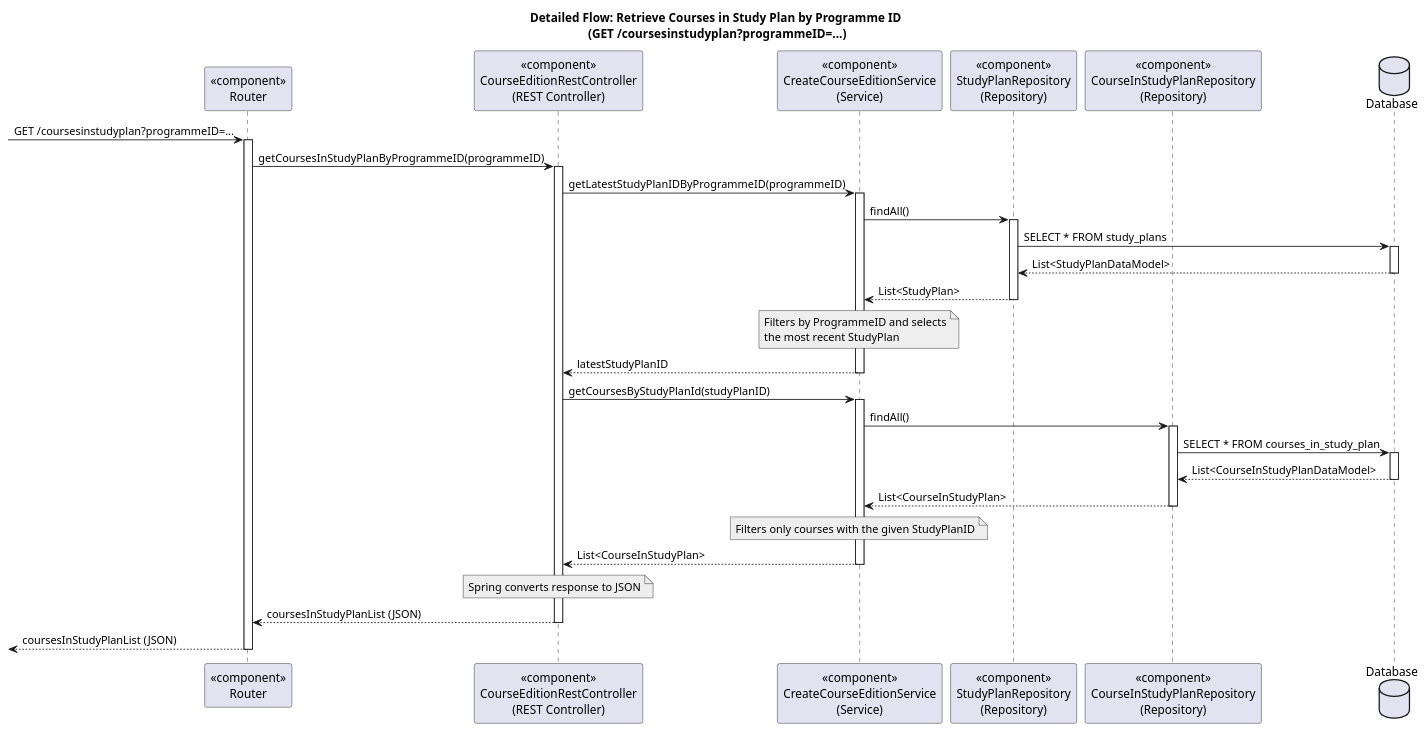
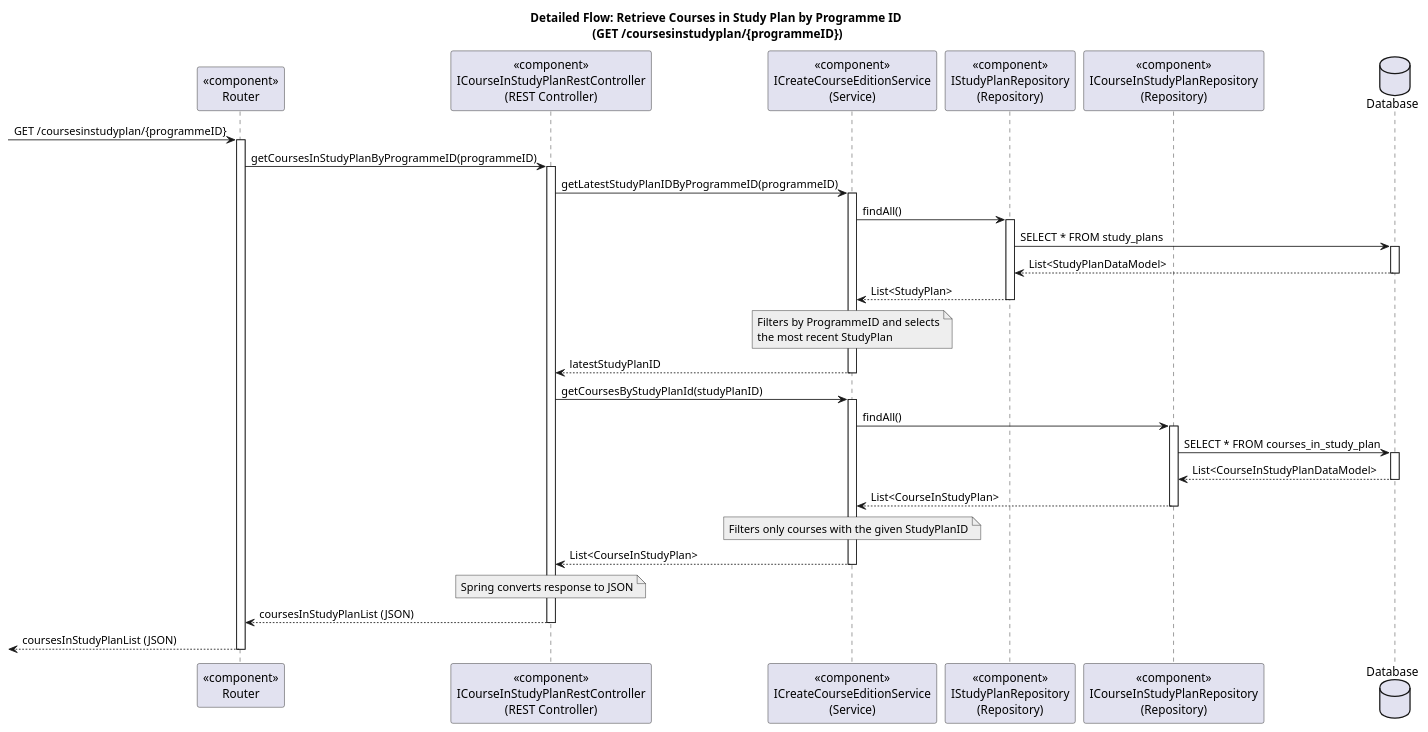
One commit to GasparISEP/DevOps-PAI changed the diagram in docs/US19/Sprint6_RestAPI/ProcessView/references/Reference3_ListOfCoursesInStudyPlan.puml. Above: the diagram before and after it, drawn with PlantUML. The commit also changed 1 other file, not shown here.

Commit message:
[docs] Update detailed flow diagram for List Of Courses In Study Plan by ProgrammeID (reference in createCourseEdition level 3 process view diagram) to use respective REST controller, service and endpoint (Refs: #536, #549)

```diff
--- a/docs/US19/Sprint6_RestAPI/ProcessView/references/Reference3_ListOfCoursesInStudyPlan.puml
+++ b/docs/US19/Sprint6_RestAPI/ProcessView/references/Reference3_ListOfCoursesInStudyPlan.puml
@@ -1,68 +1,68 @@
 @startuml
-title Detailed Flow: Retrieve Courses in Study Plan by Programme ID \n(GET /coursesinstudyplan?programmeID=...)
+title Detailed Flow: Retrieve Courses in Study Plan by Programme ID \n(GET /coursesinstudyplan/{programmeID})
 
 participant "<<component>>\nRouter" as Router
-participant "<<component>>\nCourseEditionRestController\n(REST Controller)" as Controller
-participant "<<component>>\nCreateCourseEditionService\n(Service)" as Service
-participant "<<component>>\nStudyPlanRepository\n(Repository)" as StudyPlanRepo
-participant "<<component>>\nCourseInStudyPlanRepository\n(Repository)" as CourseInSPRepo
+participant "<<component>>\nICourseInStudyPlanRestController\n(REST Controller)" as Controller
+participant "<<component>>\nICreateCourseEditionService\n(Service)" as Service
+participant "<<component>>\nIStudyPlanRepository\n(Repository)" as StudyPlanRepo
+participant "<<component>>\nICourseInStudyPlanRepository\n(Repository)" as CourseInSPRepo
 database "Database" as DB
 
--> Router: GET /coursesinstudyplan?programmeID=...
+-> Router: GET /coursesinstudyplan/{programmeID}
 activate Router
 
 Router -> Controller: getCoursesInStudyPlanByProgrammeID(programmeID)
 activate Controller
 
 Controller -> Service: getLatestStudyPlanIDByProgrammeID(programmeID)
 activate Service
 
 Service -> StudyPlanRepo: findAll()
 activate StudyPlanRepo
 
 StudyPlanRepo -> DB: SELECT * FROM study_plans
 activate DB
 DB --> StudyPlanRepo: List<StudyPlanDataModel>
 deactivate DB
 StudyPlanRepo --> Service: List<StudyPlan>
 deactivate StudyPlanRepo
 
 note over Service #EEEEEE
 Filters by ProgrammeID and selects
 the most recent StudyPlan
 end note
 
 Service --> Controller: latestStudyPlanID
 deactivate Service
 
 Controller -> Service: getCoursesByStudyPlanId(studyPlanID)
 activate Service
 
 Service -> CourseInSPRepo: findAll()
 activate CourseInSPRepo
 
 CourseInSPRepo -> DB: SELECT * FROM courses_in_study_plan
 activate DB
 DB --> CourseInSPRepo: List<CourseInStudyPlanDataModel>
 deactivate DB
 CourseInSPRepo --> Service: List<CourseInStudyPlan>
 deactivate CourseInSPRepo
 
 note over Service #EEEEEE
 Filters only courses with the given StudyPlanID
 end note
 
 Service --> Controller: List<CourseInStudyPlan>
 deactivate Service
 
 note over Controller #EEEEEE
 Spring converts response to JSON
 end note
 
 Controller --> Router: coursesInStudyPlanList (JSON)
 deactivate Controller
 
 <-- Router: coursesInStudyPlanList (JSON)
 deactivate Router
 
 @enduml
```
